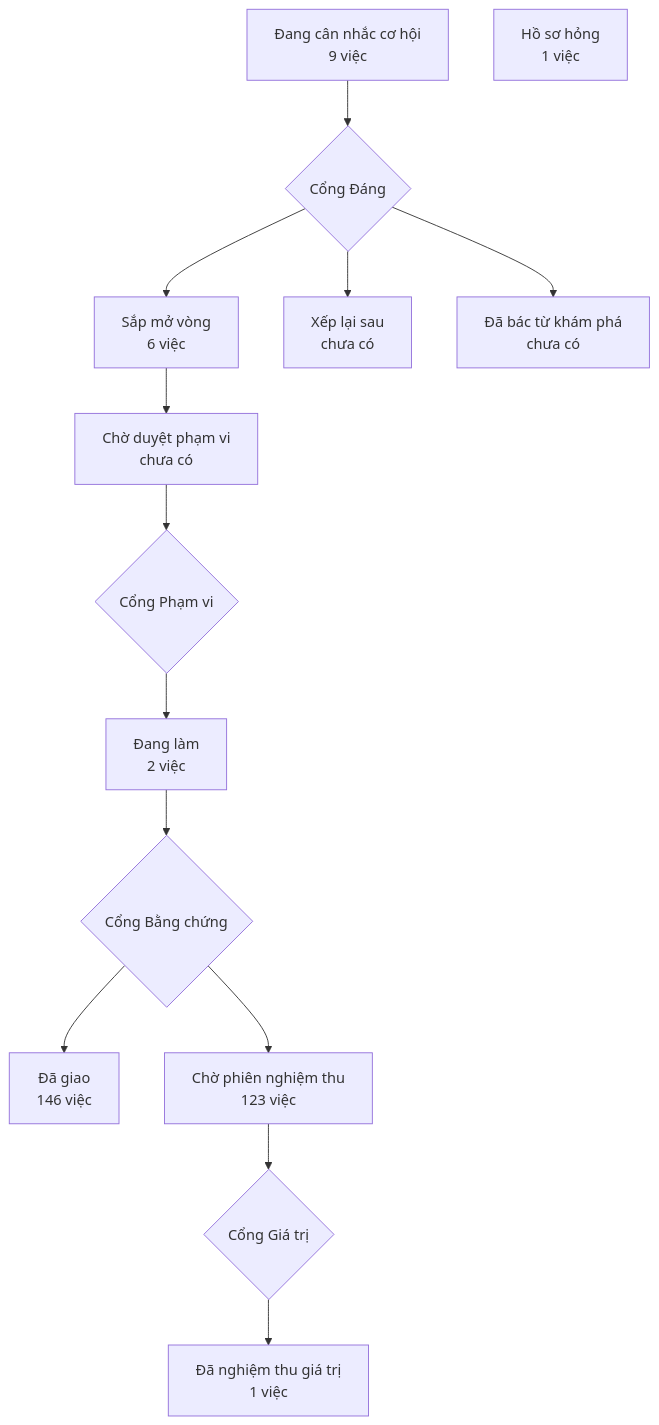
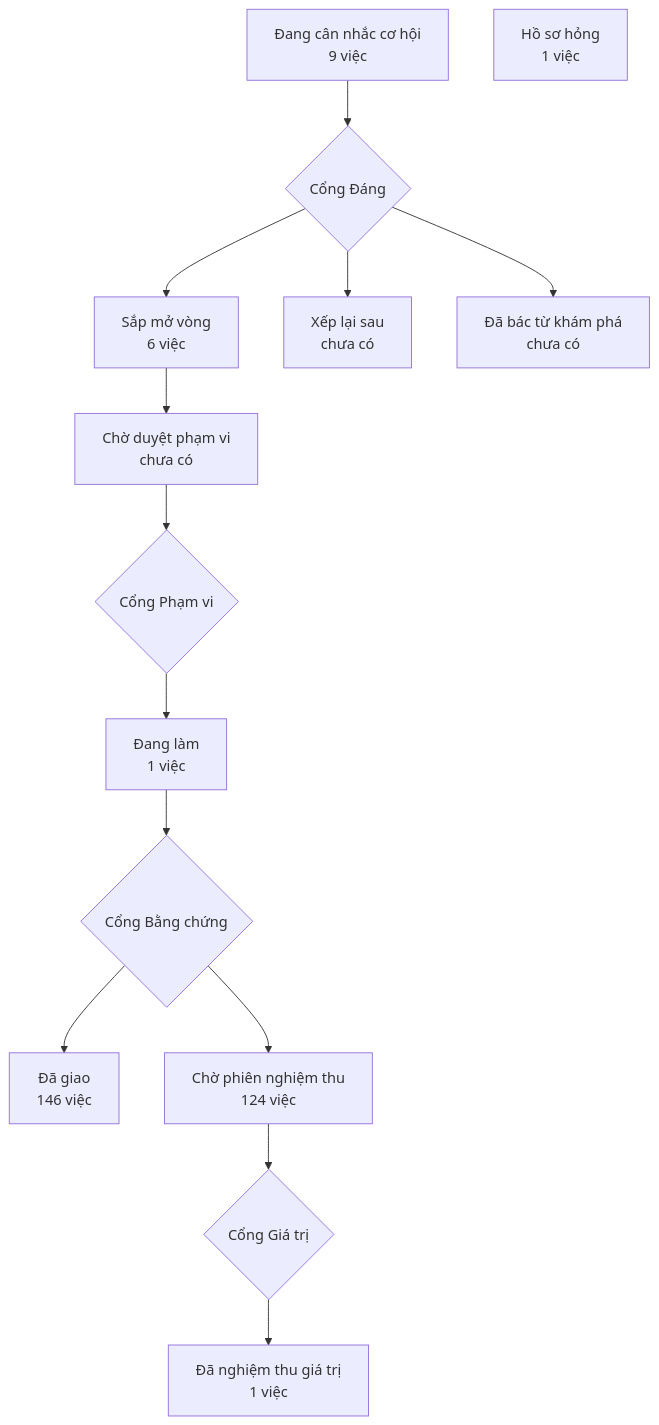
Before and after one commit to phanlemanh/crm-onehub: the diagram in PRODUCT-MAP.md, drawn with Mermaid. The commit also changed 1 other file, not shown here.

Commit message:
chore(mau-trang-thai-chung): vẽ lại bản đồ sau chữ ký và gộp onehub 067e94bb3

````diff
--- a/PRODUCT-MAP.md
+++ b/PRODUCT-MAP.md
@@ -7,13 +7,13 @@
 ```mermaid
 flowchart TD
   A["Đang cân nhắc cơ hội<br/>9 việc"] --> GD{"Cổng Đáng"}
   GD --> B["Sắp mở vòng<br/>6 việc"]
   GD --> XL["Xếp lại sau<br/>chưa có"]
   GD --> DB["Đã bác từ khám phá<br/>chưa có"]
   B --> CD["Chờ duyệt phạm vi<br/>chưa có"] --> GP{"Cổng Phạm vi"}
-  GP --> DL["Đang làm<br/>2 việc"] --> GB{"Cổng Bằng chứng"}
+  GP --> DL["Đang làm<br/>1 việc"] --> GB{"Cổng Bằng chứng"}
   GB --> DG["Đã giao<br/>146 việc"]
-  GB --> CN["Chờ phiên nghiệm thu<br/>123 việc"] --> GG{"Cổng Giá trị"}
+  GB --> CN["Chờ phiên nghiệm thu<br/>124 việc"] --> GG{"Cổng Giá trị"}
   GG --> NT["Đã nghiệm thu giá trị<br/>1 việc"]
   HS["Hồ sơ hỏng<br/>1 việc"]
 ```
````
